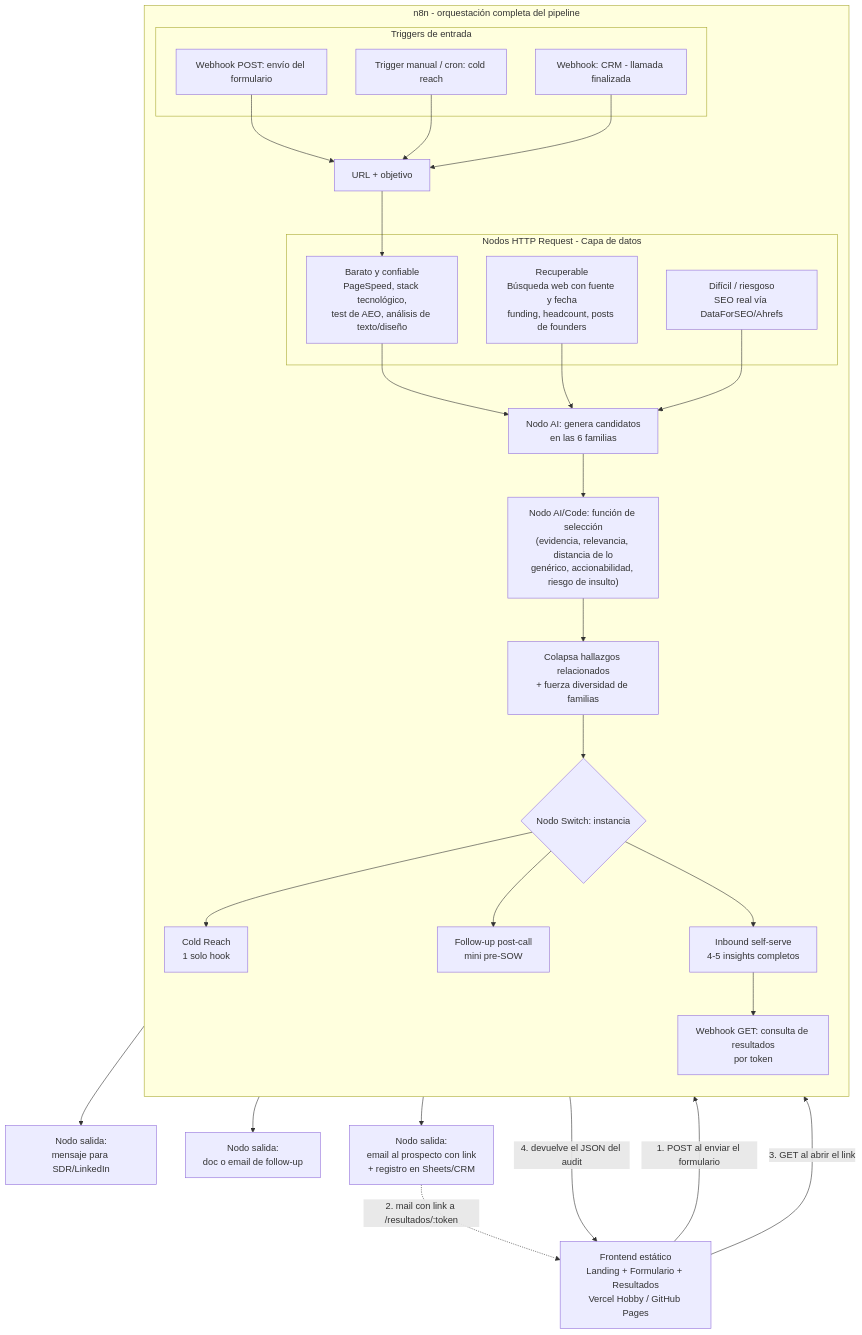
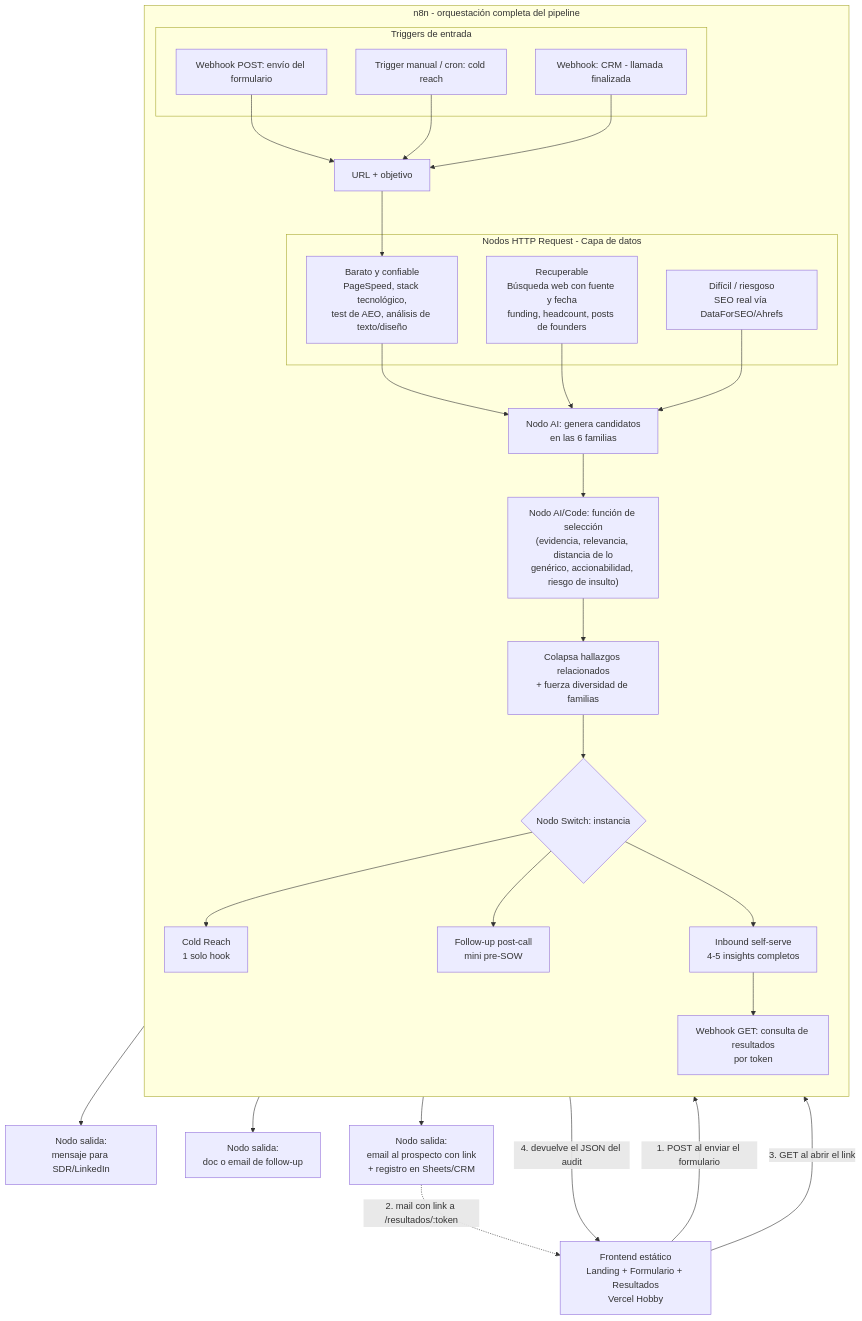
The diagram in docs/explanation/arquitectura.md (jmarroncle/growth-audit-structure), drawn with Mermaid before and after one commit. The commit also changed other lines of this file and 2 other files, not shown here.

Commit message:
Settle on Vercel Hobby for the frontend hosting decision
Firms up the previously open Vercel-vs-GitHub-Pages choice across the
architecture diagram, its explanation, and the roadmap. GitHub Pages
stays listed only as the alternative in the stack table.

Claude-Session: https://claude.ai/code/session_01Y33ZqmJHC59R44gjZwfrED

````diff
--- a/docs/explanation/arquitectura.md
+++ b/docs/explanation/arquitectura.md
@@ -7,48 +7,48 @@
 ```mermaid
 flowchart TD
-    FE[Frontend estático<br/>Landing + Formulario + Resultados<br/>Vercel Hobby / GitHub Pages]
+    FE[Frontend estático<br/>Landing + Formulario + Resultados<br/>Vercel Hobby]
 
     subgraph N8N [n8n - orquestación completa del pipeline]
         direction TB
 
         subgraph Triggers [Triggers de entrada]
             T1[Webhook POST: envío del formulario]
             T2[Trigger manual / cron: cold reach]
             T3[Webhook: CRM - llamada finalizada]
         end
 
         T1 --> IN[URL + objetivo]
         T2 --> IN
         T3 --> IN
 
         IN --> B1
 
         subgraph CapaDatos [Nodos HTTP Request - Capa de datos]
             B1[Barato y confiable<br/>PageSpeed, stack tecnológico,<br/>test de AEO, análisis de texto/diseño]
             B2[Recuperable<br/>Búsqueda web con fuente y fecha<br/>funding, headcount, posts de founders]
             B3[Difícil / riesgoso<br/>SEO real vía DataForSEO/Ahrefs]
         end
 
         B1 --> C
         B2 --> C
         B3 --> C
 
         C[Nodo AI: genera candidatos<br/>en las 6 familias] --> D["Nodo AI/Code: función de selección<br/>(evidencia, relevancia, distancia de lo<br/>genérico, accionabilidad, riesgo de insulto)"]
         D --> D1[Colapsa hallazgos relacionados<br/>+ fuerza diversidad de familias]
 
         D1 --> E{Nodo Switch: instancia}
         E --> E1[Cold Reach<br/>1 solo hook]
         E --> E2[Follow-up post-call<br/>mini pre-SOW]
         E --> E3[Inbound self-serve<br/>4-5 insights completos]
 
         E3 --> R[Webhook GET: consulta de resultados<br/>por token]
     end
 
     FE -- "1. POST al enviar el formulario" --> T1
     E1 --> O1[Nodo salida:<br/>mensaje para SDR/LinkedIn]
     E2 --> O2[Nodo salida:<br/>doc o email de follow-up]
     E3 --> O4[Nodo salida:<br/>email al prospecto con link<br/>+ registro en Sheets/CRM]
     O4 -. "2. mail con link a /resultados/:token" .-> FE
     FE -- "3. GET al abrir el link" --> R
     R -- "4. devuelve el JSON del audit" --> FE
 ```
````
